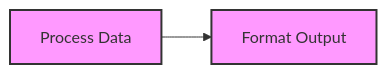
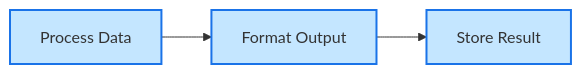
One commit to aitoroses/floxide changed the first of 9 diagrams in README.md. Above: the diagram before and after it, drawn with Mermaid. The commit also changed other lines of this file, not shown here.

````diff
--- a/README.md
+++ b/README.md
@@ -97,6 +99,7 @@
 ```mermaid
 graph LR
-    A["Process Data"] --> B["Format Output"]
-    style A fill:#f9f,stroke:#333,stroke-width:2px
-    style B fill:#f9f,stroke:#333,stroke-width:2px
+    A["Process Data"] --> B["Format Output"] --> C["Store Result"]
+    style A fill:#c4e6ff,stroke:#1a73e8,stroke-width:2px
+    style B fill:#c4e6ff,stroke:#1a73e8,stroke-width:2px
+    style C fill:#c4e6ff,stroke:#1a73e8,stroke-width:2px
 ```
````
